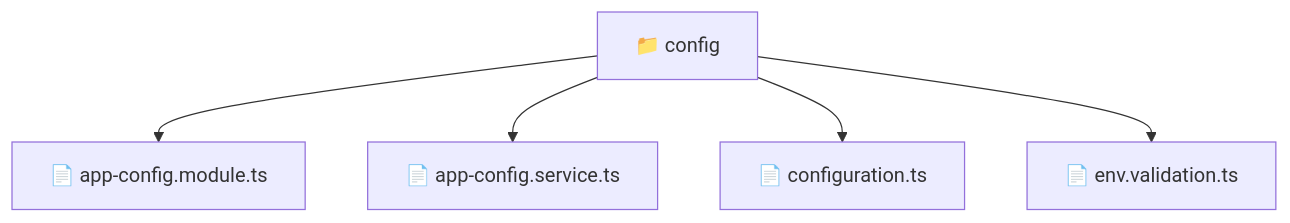
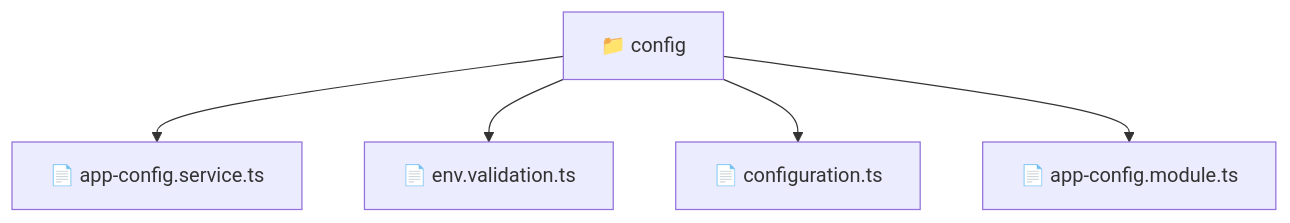
The diagram in backend/src/common/config/README.md (beginwebdev2002/fullstack-mavluda), drawn with Mermaid before and after one commit. The commit also changed other lines of this file and 164 other files, not shown here.

First line of the commit message:
docs: generate robust autonomous architectural documentation

````diff
--- a/backend/src/common/config/README.md
+++ b/backend/src/common/config/README.md
@@ -9,8 +11,8 @@
 ```mermaid
 graph TD
-  Root["📁 config"]
-  Root --> app_config_module_ts["📄 app-config.module.ts"]
-  Root --> app_config_service_ts["📄 app-config.service.ts"]
-  Root --> configuration_ts["📄 configuration.ts"]
-  Root --> env_validation_ts["📄 env.validation.ts"]
+    f_config["📁 config"]
+    f_config --> f_app_config_service_ts["📄 app-config.service.ts"]
+    f_config --> f_env_validation_ts["📄 env.validation.ts"]
+    f_config --> f_configuration_ts["📄 configuration.ts"]
+    f_config --> f_app_config_module_ts["📄 app-config.module.ts"]
 ```
````
